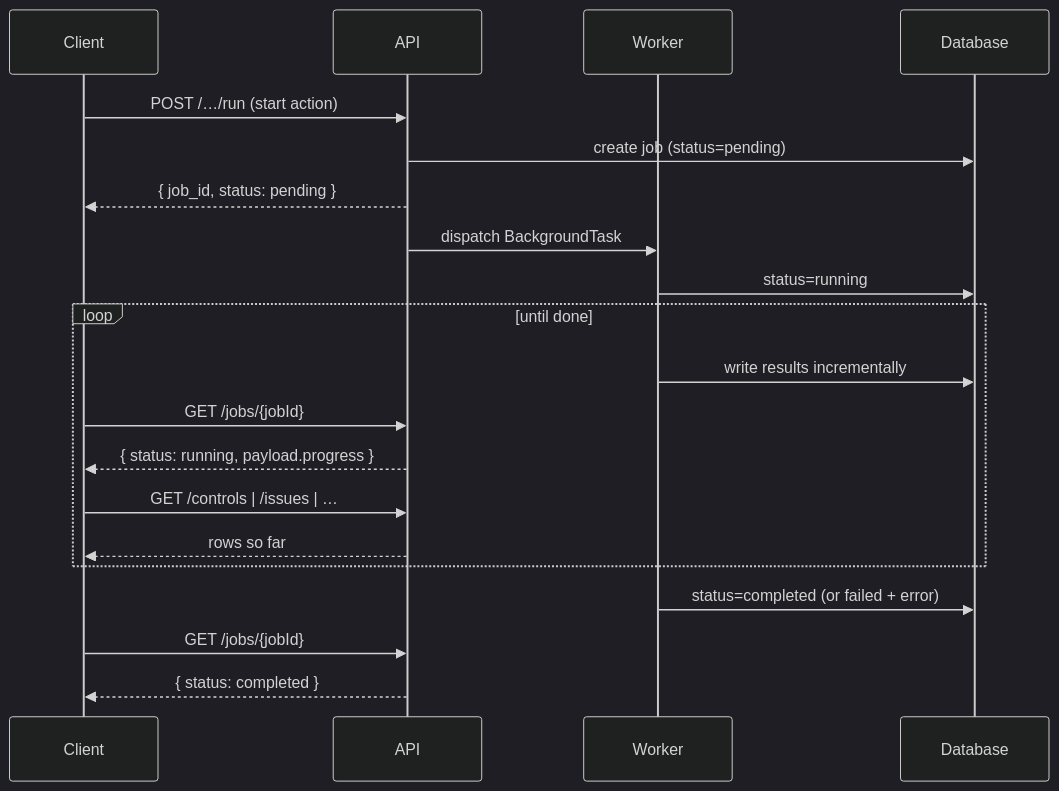
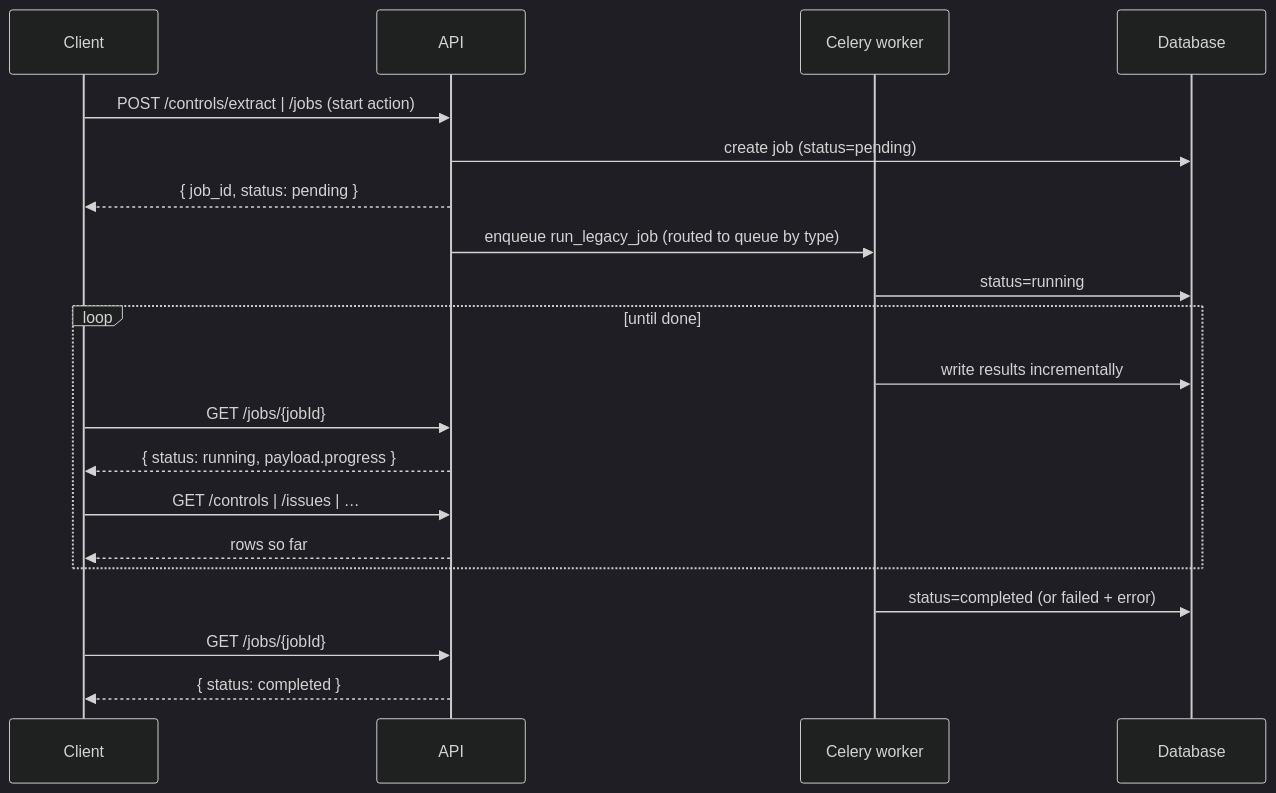
Before and after one commit to Rajman1221/iso-robot: the second of 4 diagrams in mint-docs/process/background-jobs.mdx, drawn with Mermaid (dark theme). The commit also changed other lines of this file and 11 other files, not shown here.

````diff
--- a/mint-docs/process/background-jobs.mdx
+++ b/mint-docs/process/background-jobs.mdx
@@ -112,23 +127,23 @@
 ```mermaid
 sequenceDiagram
     participant C as Client
     participant A as API
-    participant W as Worker
+    participant W as Celery worker
     participant DB as Database
 
-    C->>A: POST /…/run  (start action)
+    C->>A: POST /controls/extract | /jobs  (start action)
     A->>DB: create job (status=pending)
     A-->>C: { job_id, status: pending }
-    A->>W: dispatch BackgroundTask
+    A->>W: enqueue run_legacy_job (routed to queue by type)
     W->>DB: status=running
     loop until done
         W->>DB: write results incrementally
         C->>A: GET /jobs/{jobId}
         A-->>C: { status: running, payload.progress }
         C->>A: GET /controls | /issues | …
         A-->>C: rows so far
     end
     W->>DB: status=completed (or failed + error)
     C->>A: GET /jobs/{jobId}
     A-->>C: { status: completed }
 ```
````
